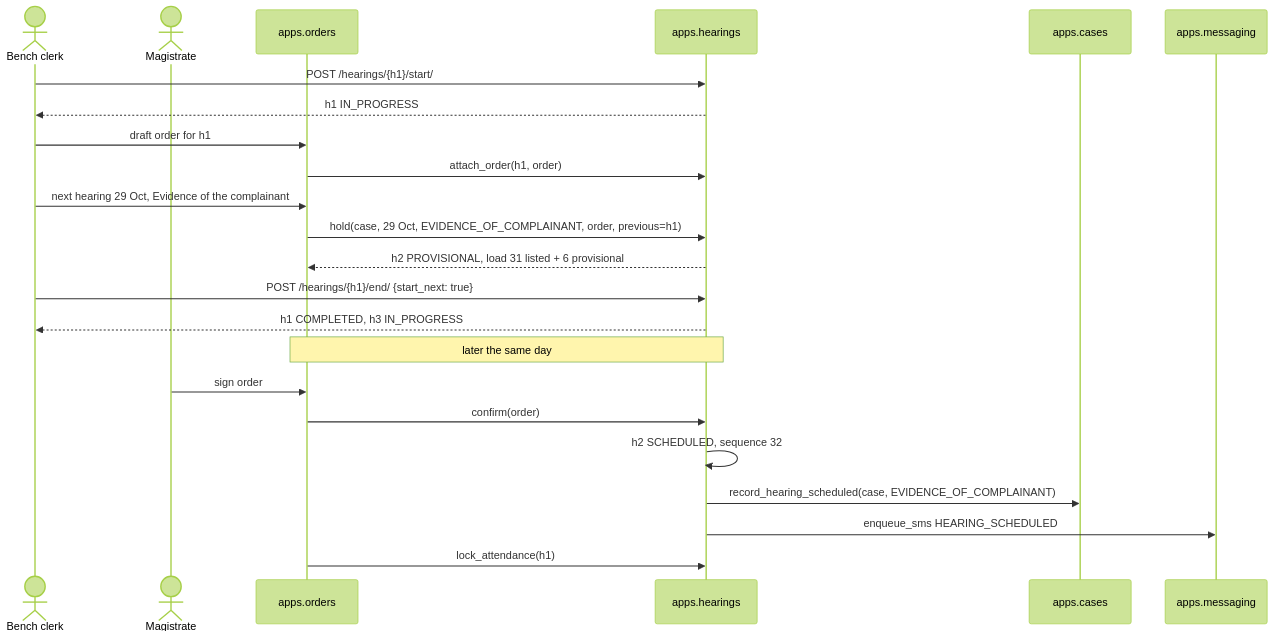
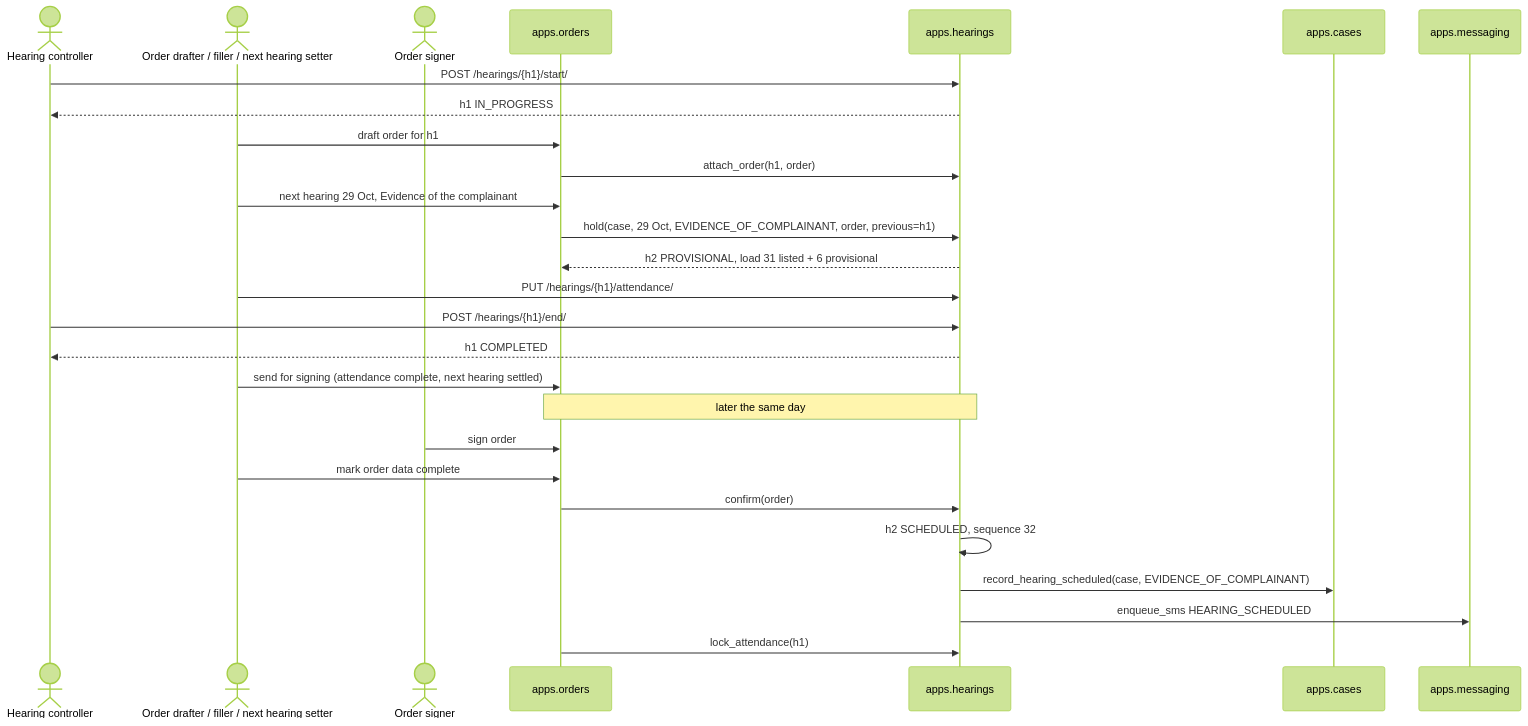
The third of 3 diagrams in spec/0023-hearings.md (pucardotorg/dristi-be), drawn with Mermaid (forest theme) before and after one commit. The commit also changed other lines of this file and 1 other file, not shown here.

Commit message:
Update hearing spec as per new court roles

````diff
--- a/spec/0023-hearings.md
+++ b/spec/0023-hearings.md
@@ -756,26 +813,30 @@
 ```mermaid
 sequenceDiagram
-    actor Clerk as Bench clerk
-    actor Mag as Magistrate
+    actor HC as Hearing controller
+    actor Staff as Order drafter / filler / next hearing setter
+    actor Mag as Order signer
     participant O as apps.orders
     participant H as apps.hearings
     participant C as apps.cases
     participant M as apps.messaging
 
-    Clerk->>H: POST /hearings/{h1}/start/
-    H-->>Clerk: h1 IN_PROGRESS
-    Clerk->>O: draft order for h1
+    HC->>H: POST /hearings/{h1}/start/
+    H-->>HC: h1 IN_PROGRESS
+    Staff->>O: draft order for h1
     O->>H: attach_order(h1, order)
-    Clerk->>O: next hearing 29 Oct, Evidence of the complainant
+    Staff->>O: next hearing 29 Oct, Evidence of the complainant
     O->>H: hold(case, 29 Oct, EVIDENCE_OF_COMPLAINANT, order, previous=h1)
     H-->>O: h2 PROVISIONAL, load 31 listed + 6 provisional
-    Clerk->>H: POST /hearings/{h1}/end/ {start_next: true}
-    H-->>Clerk: h1 COMPLETED, h3 IN_PROGRESS
+    Staff->>H: PUT /hearings/{h1}/attendance/
+    HC->>H: POST /hearings/{h1}/end/
+    H-->>HC: h1 COMPLETED
+    Staff->>O: send for signing (attendance complete, next hearing settled)
     Note over O,H: later the same day
     Mag->>O: sign order
+    Staff->>O: mark order data complete
     O->>H: confirm(order)
     H->>H: h2 SCHEDULED, sequence 32
     H->>C: record_hearing_scheduled(case, EVIDENCE_OF_COMPLAINANT)
     H->>M: enqueue_sms HEARING_SCHEDULED
     O->>H: lock_attendance(h1)
 ```
````
